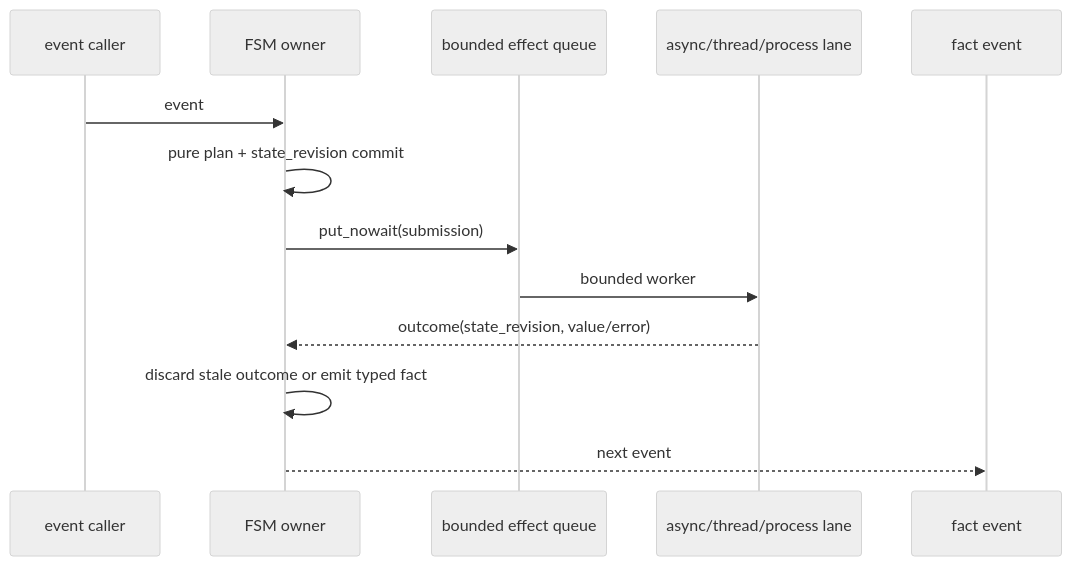
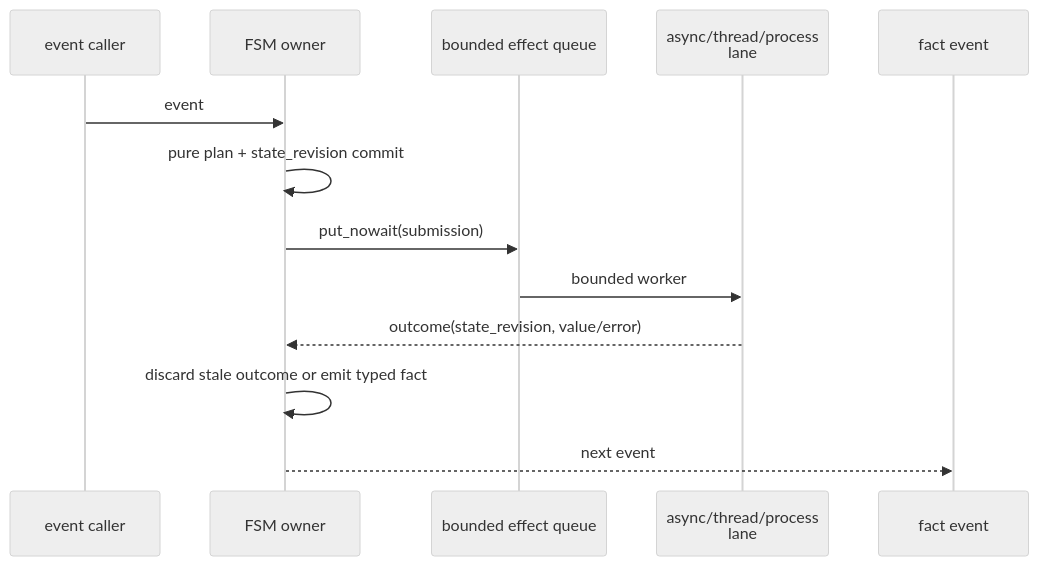
One commit to diaosj/fluxway changed the first of 6 diagrams in docs/execution_lifecycle.md. Above: the diagram before and after it, drawn with Mermaid (neutral theme). The commit also changed other lines of this file and 39 other files, not shown here.

Commit message:
[Docs] Enrich documentation files for SPMD protocol, placement recipes, and architecture.

````diff
--- a/docs/execution_lifecycle.md
+++ b/docs/execution_lifecycle.md
@@ -61,15 +61,15 @@
 ```mermaid
 sequenceDiagram
     participant E as event caller
     participant F as FSM owner
     participant Q as bounded effect queue
-    participant L as async/thread/process lane
+    participant L as async/thread/process<br/>lane
     participant F2 as fact event
     E->>F: event
     F->>F: pure plan + state_revision commit
     F->>Q: put_nowait(submission)
     Q->>L: bounded worker
     L-->>F: outcome(state_revision, value/error)
     F->>F: discard stale outcome or emit typed fact
     F-->>F2: next event
 ```
````
